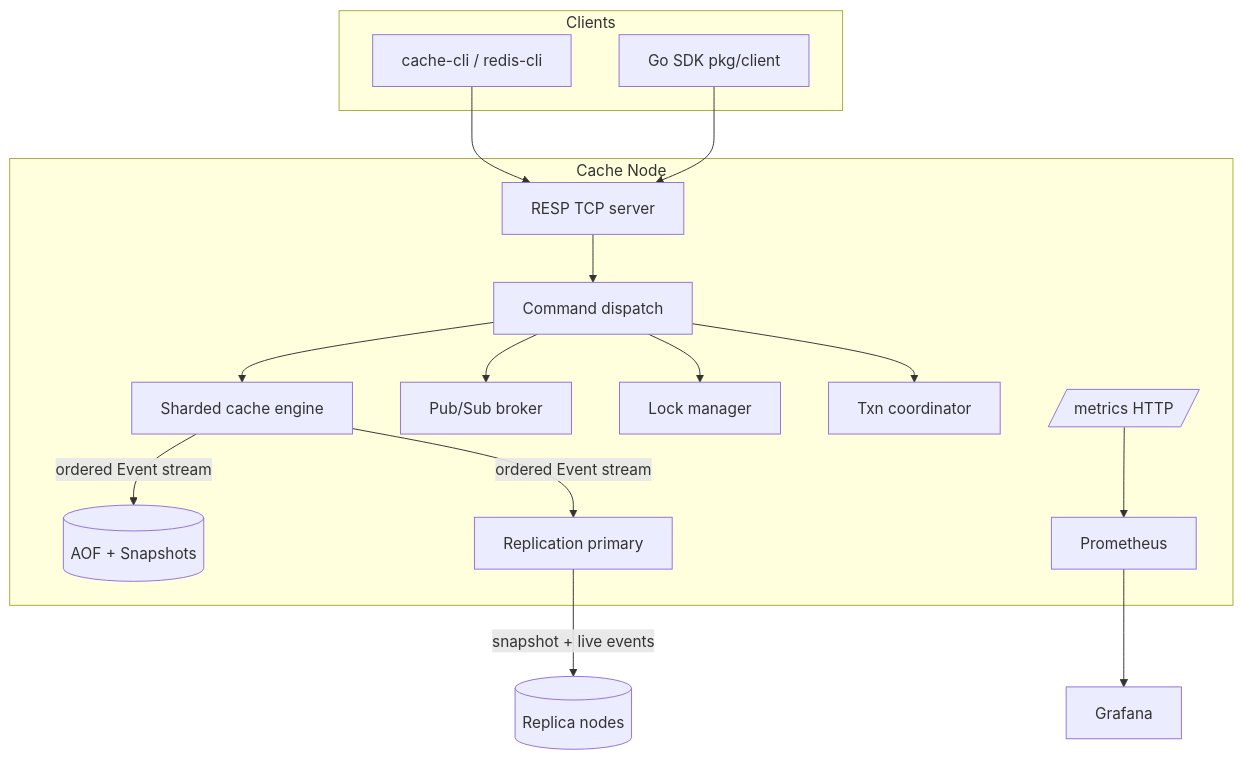
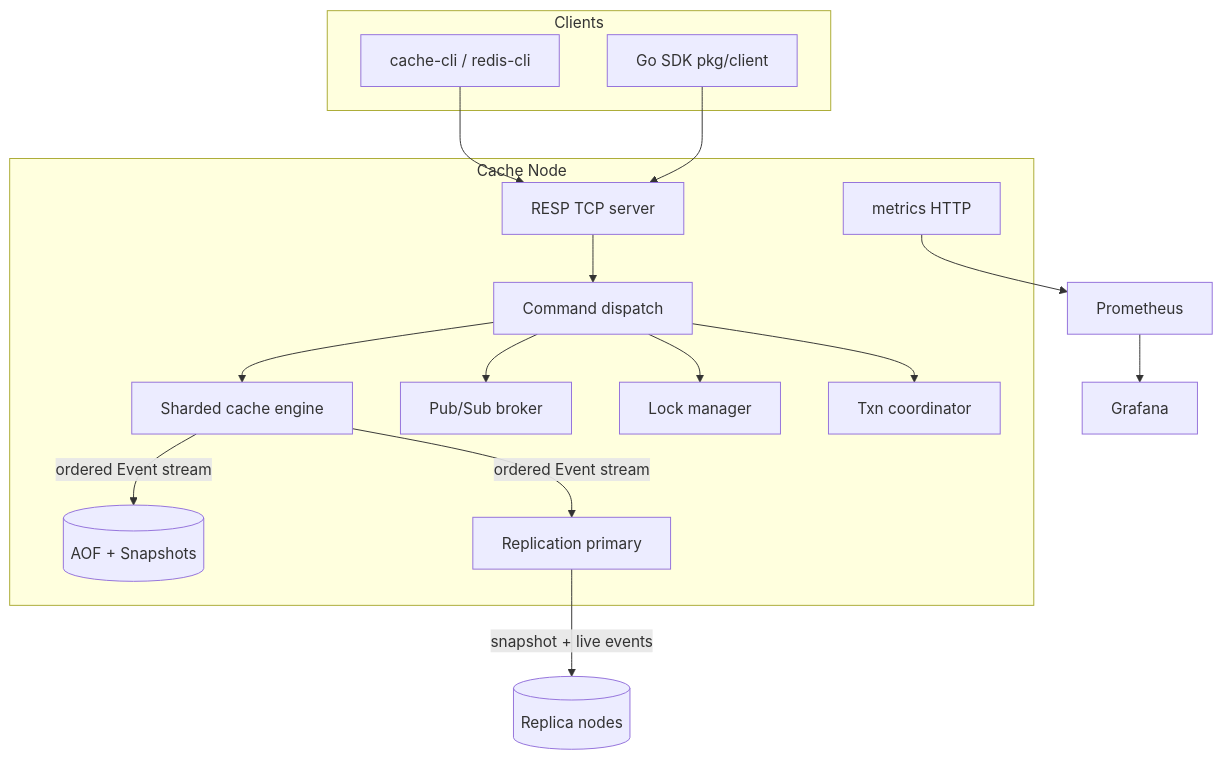
Before and after one commit to Joyjeet045/DistCache: the diagram in README.md, drawn with Mermaid.

Commit message:
docs: fix mermaid diagram syntax for GitHub renderer

````diff
--- a/README.md
+++ b/README.md
@@ -33,23 +33,36 @@
 ```mermaid
 flowchart TB
-    subgraph client[Clients]
-        cli[cache-cli / redis-cli]
-        sdk[Go SDK pkg/client]
+    subgraph Clients
+        cli["cache-cli / redis-cli"]
+        sdk["Go SDK  pkg/client"]
     end
 
-    subgraph node[Cache Node]
-        resp[RESP TCP server] --> disp
-        disp[Command dispatch] --> cacheeng[Sharded cache engine]
-        cacheeng -- ordered Event stream --> aof[(AOF + Snapshots)]
-        cacheeng -- ordered Event stream --> repl[Replication primary]
-        disp --> ps[Pub/Sub broker]
-        disp --> lk[Lock manager]
-        disp --> tx[Txn coordinator]
-        metrics[/metrics HTTP/] --> prom
+    subgraph CacheNode["Cache Node"]
+        resp["RESP TCP server"]
+        disp["Command dispatch"]
+        cacheeng["Sharded cache engine"]
+        aof[("AOF + Snapshots")]
+        repl["Replication primary"]
+        ps["Pub/Sub broker"]
+        lk["Lock manager"]
+        tx["Txn coordinator"]
+        mhttp["metrics HTTP"]
     end
+
+    prom["Prometheus"]
+    replica[("Replica nodes")]
+    graf["Grafana"]
 
     cli --> resp
     sdk --> resp
-    repl -- snapshot + live events --> replica[(Replica nodes)]
-    prom[Prometheus] --> graf[Grafana]
+    resp --> disp
+    disp --> cacheeng
+    cacheeng -->|"ordered Event stream"| aof
+    cacheeng -->|"ordered Event stream"| repl
+    disp --> ps
+    disp --> lk
+    disp --> tx
+    mhttp --> prom
+    repl -->|"snapshot + live events"| replica
+    prom --> graf
 ```
````
